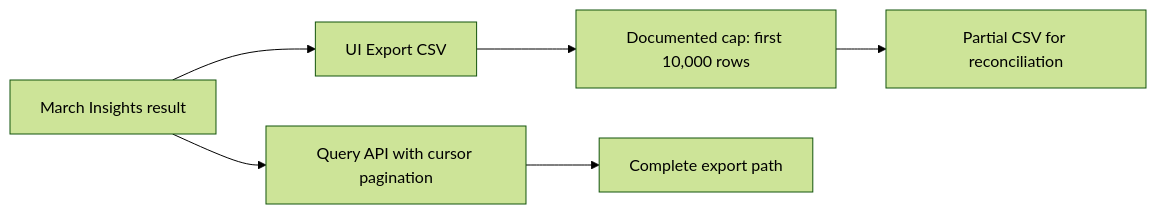
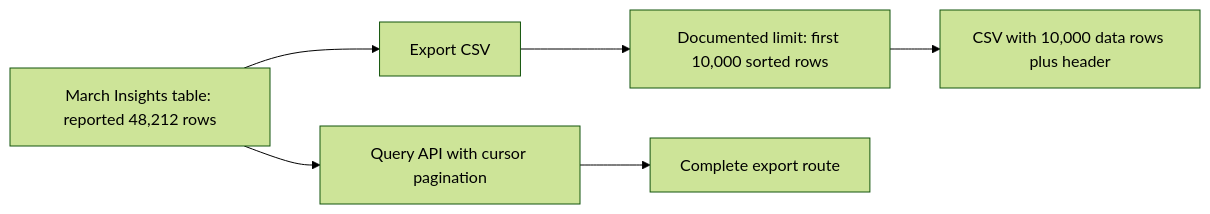
One commit to c-mongan/support-triage-agent-template changed the diagram in docs/demo/codex/reports/20261007-000000-SUP-1003-triage.md. Above: the diagram before and after it, drawn with Mermaid (forest theme). The commit also changed other lines of this file and 73 other files, not shown here.

````diff
--- a/docs/demo/codex/reports/20261007-000000-SUP-1003-triage.md
+++ b/docs/demo/codex/reports/20261007-000000-SUP-1003-triage.md
@@ -63,8 +70,8 @@
 ```mermaid
 flowchart LR
-    A[March Insights result] --> B[UI Export CSV]
-    B --> C[Documented cap: first 10,000 rows]
-    C --> D[Partial CSV for reconciliation]
+    A[March Insights table: reported 48,212 rows] --> B[Export CSV]
+    B --> C[Documented limit: first 10,000 sorted rows]
+    C --> D[CSV with 10,000 data rows plus header]
     A --> E[Query API with cursor pagination]
-    E --> F[Complete export path]
+    E --> F[Complete export route]
 ```
````
